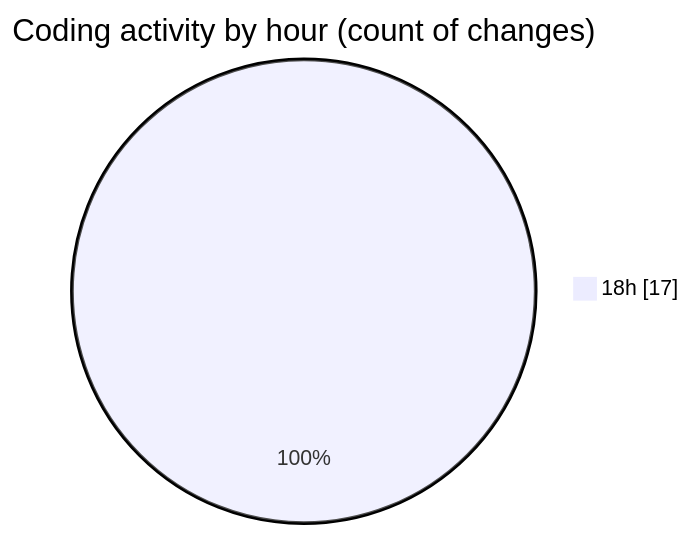
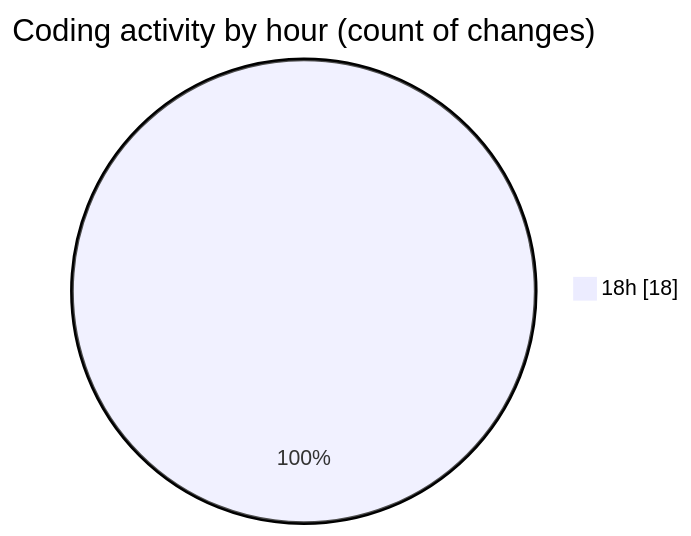
Before and after one commit to donsfak/code-tracking: the second of 2 diagrams in 2025-02-04/maps_clone/README.md, drawn with Mermaid. The commit also changed other lines of this file and 1 other file, not shown here.

````diff
--- a/2025-02-04/maps_clone/README.md
+++ b/2025-02-04/maps_clone/README.md
@@ -37,5 +37,5 @@
 ```mermaid
 pie showData
 title Coding activity by hour (count of changes)
-"18h" : 17
+"18h" : 18
 ```
````
